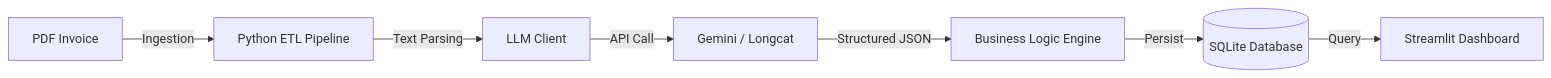
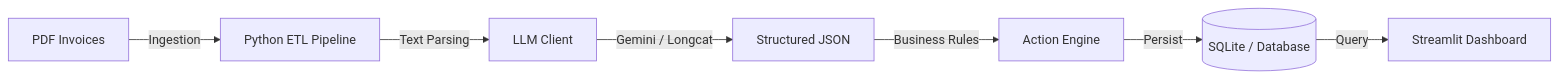
One commit to Ubed-982/InvoiceAI changed the diagram in README.md. Above: the diagram before and after it, drawn with Mermaid. The commit also changed other lines of this file and 17 other files, not shown here.

````diff
--- a/README.md
+++ b/README.md
@@ -109,9 +111,9 @@
 ```mermaid
 graph LR
-    A[PDF Invoice] -->|Ingestion| B[Python ETL Pipeline]
+    A[PDF Invoices] -->|Ingestion| B[Python ETL Pipeline]
     B -->|Text Parsing| C[LLM Client]
-    C -->|API Call| D[Gemini / Longcat]
-    D -->|Structured JSON| E[Business Logic Engine]
-    E -->|Persist| F[(SQLite Database)]
+    C -->|Gemini / Longcat| D[Structured JSON]
+    D -->|Business Rules| E[Action Engine]
+    E -->|Persist| F[(SQLite / Database)]
     F -->|Query| G[Streamlit Dashboard]
 ```
````
